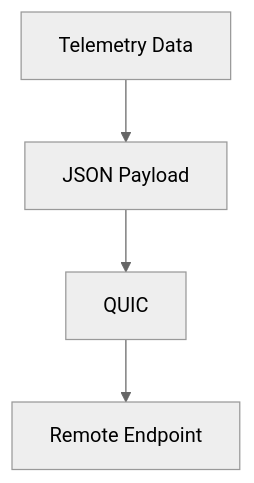
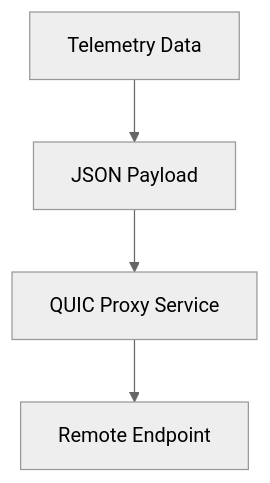
The seventh of 9 diagrams in docs/quic-protocol-expansion-hld.md (rdkcentral/telemetry), drawn with Mermaid (neutral theme) before and after one commit. The commit also changed other lines of this file, not shown here.

````diff
--- a/docs/quic-protocol-expansion-hld.md
+++ b/docs/quic-protocol-expansion-hld.md
@@ -321,6 +323,6 @@
 ```mermaid
 graph TD
     A[Telemetry Data] --> B[JSON Payload]
-    B -->  F[QUIC]
+    B -->  F[QUIC Proxy Service]
     F --> G[Remote Endpoint]
 ```
````
